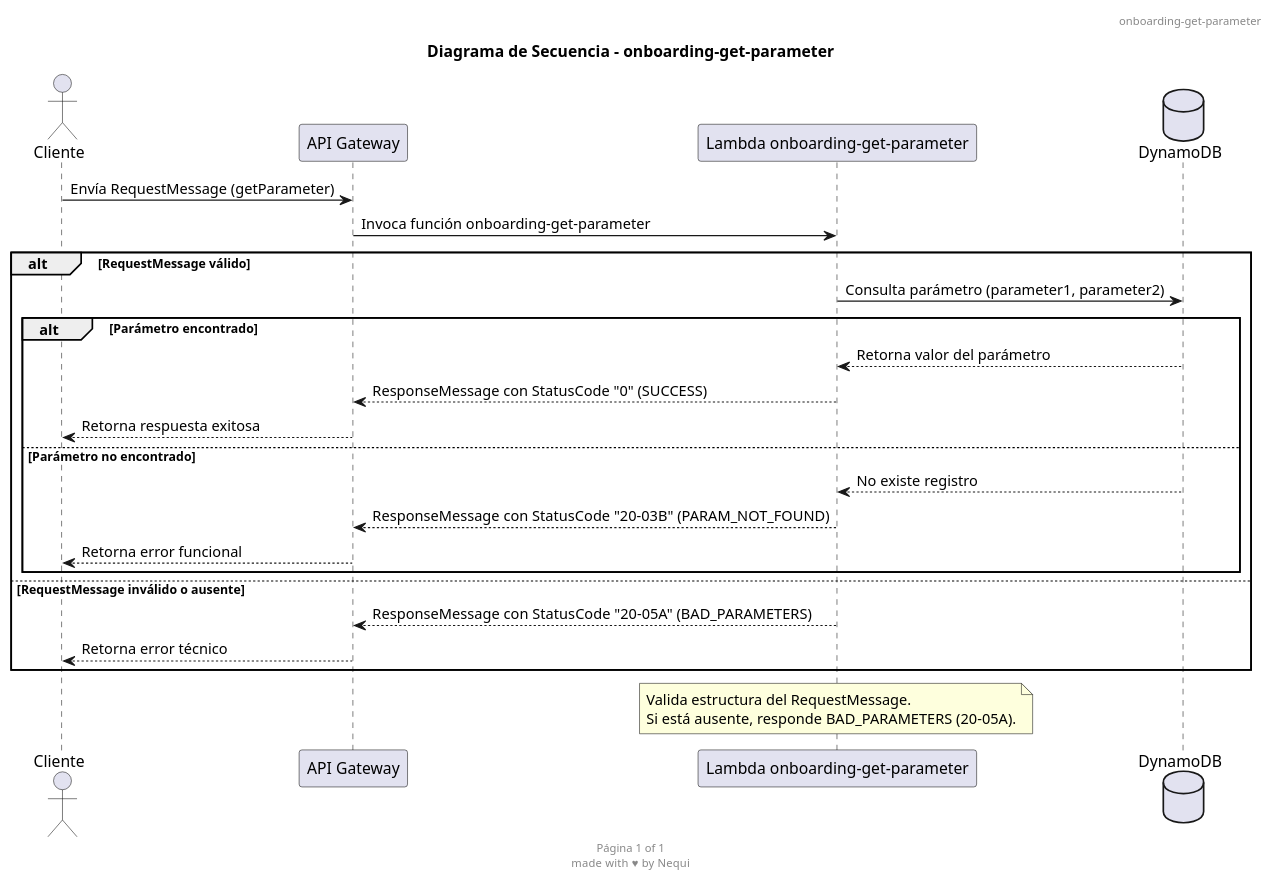
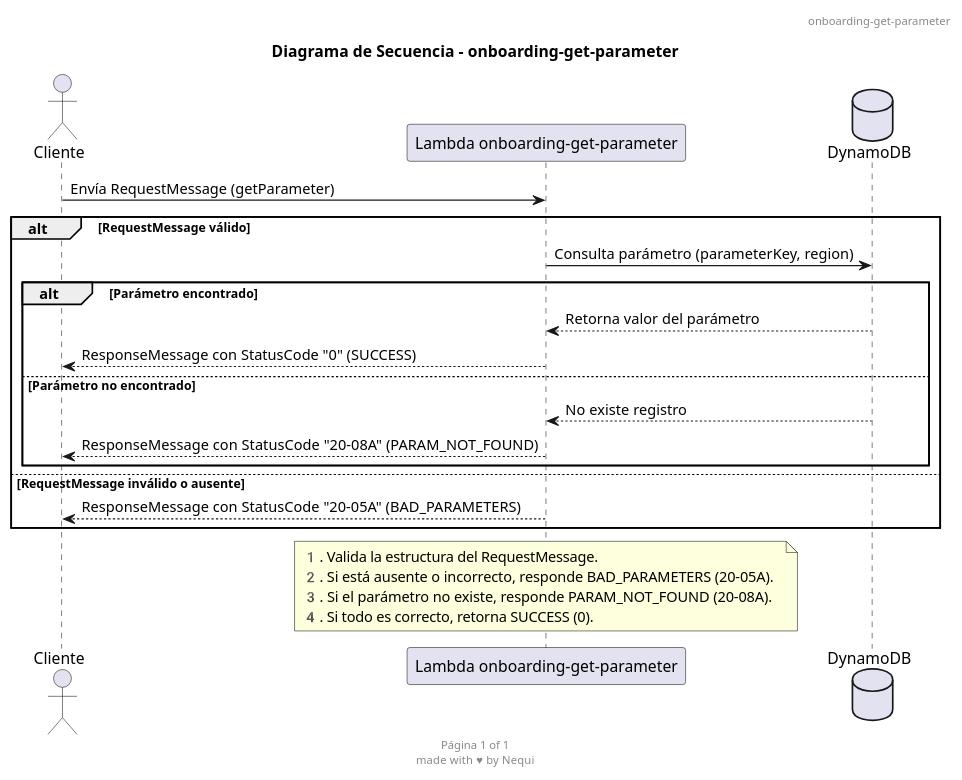
The diagram in diagrams/onboarding-get-parameter-diagram.puml (EvelynKalil/RetoServerless), drawn with PlantUML before and after one commit. The commit also changed 9 other files, not shown here.

```diff
--- a/diagrams/onboarding-get-parameter-diagram.puml
+++ b/diagrams/onboarding-get-parameter-diagram.puml
@@ -1,35 +1,32 @@
 @startuml
 header onboarding-get-parameter
 footer Página %page% of %lastpage%\nmade with ♥ by Nequi
 title Diagrama de Secuencia - onboarding-get-parameter
 
 actor Cliente
-participant "API Gateway" as APIGW
 participant "Lambda onboarding-get-parameter" as Lambda
 database "DynamoDB" as Dynamo
 
-Cliente -> APIGW: Envía RequestMessage (getParameter)
-APIGW -> Lambda: Invoca función onboarding-get-parameter
+Cliente -> Lambda: Envía RequestMessage (getParameter)
 
 alt RequestMessage válido
-    Lambda -> Dynamo: Consulta parámetro (parameter1, parameter2)
+    Lambda -> Dynamo: Consulta parámetro (parameterKey, region)
     alt Parámetro encontrado
         Dynamo --> Lambda: Retorna valor del parámetro
-        Lambda --> APIGW: ResponseMessage con StatusCode "0" (SUCCESS)
-        APIGW --> Cliente: Retorna respuesta exitosa
+        Lambda --> Cliente: ResponseMessage con StatusCode "0" (SUCCESS)
     else Parámetro no encontrado
         Dynamo --> Lambda: No existe registro
-        Lambda --> APIGW: ResponseMessage con StatusCode "20-03B" (PARAM_NOT_FOUND)
-        APIGW --> Cliente: Retorna error funcional
+        Lambda --> Cliente: ResponseMessage con StatusCode "20-08A" (PARAM_NOT_FOUND)
     end
 else RequestMessage inválido o ausente
-    Lambda --> APIGW: ResponseMessage con StatusCode "20-05A" (BAD_PARAMETERS)
-    APIGW --> Cliente: Retorna error técnico
+    Lambda --> Cliente: ResponseMessage con StatusCode "20-05A" (BAD_PARAMETERS)
 end
 
 note over Lambda
-Valida estructura del RequestMessage.
-Si está ausente, responde BAD_PARAMETERS (20-05A).
+1️. Valida la estructura del RequestMessage.  
+2️. Si está ausente o incorrecto, responde BAD_PARAMETERS (20-05A).  
+3️. Si el parámetro no existe, responde PARAM_NOT_FOUND (20-08A).  
+4️. Si todo es correcto, retorna SUCCESS (0).
 end note
 
 @enduml
```
